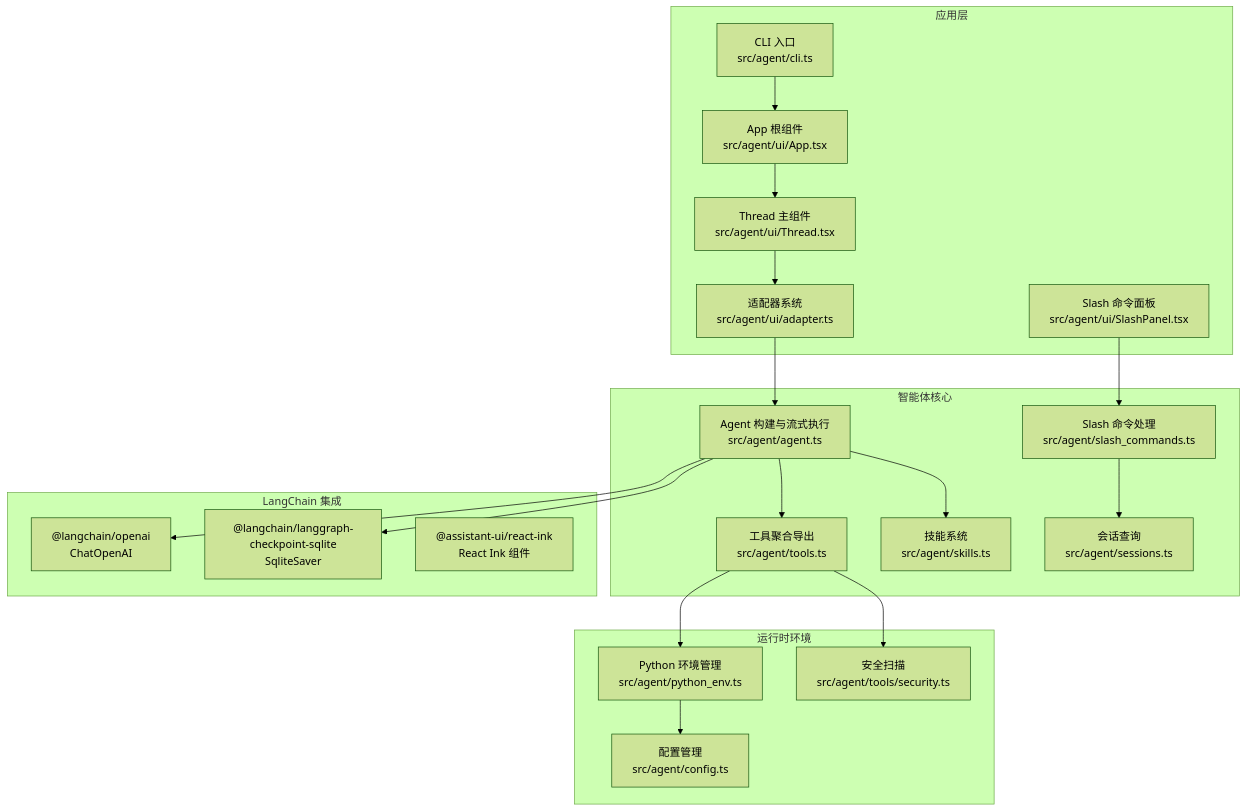
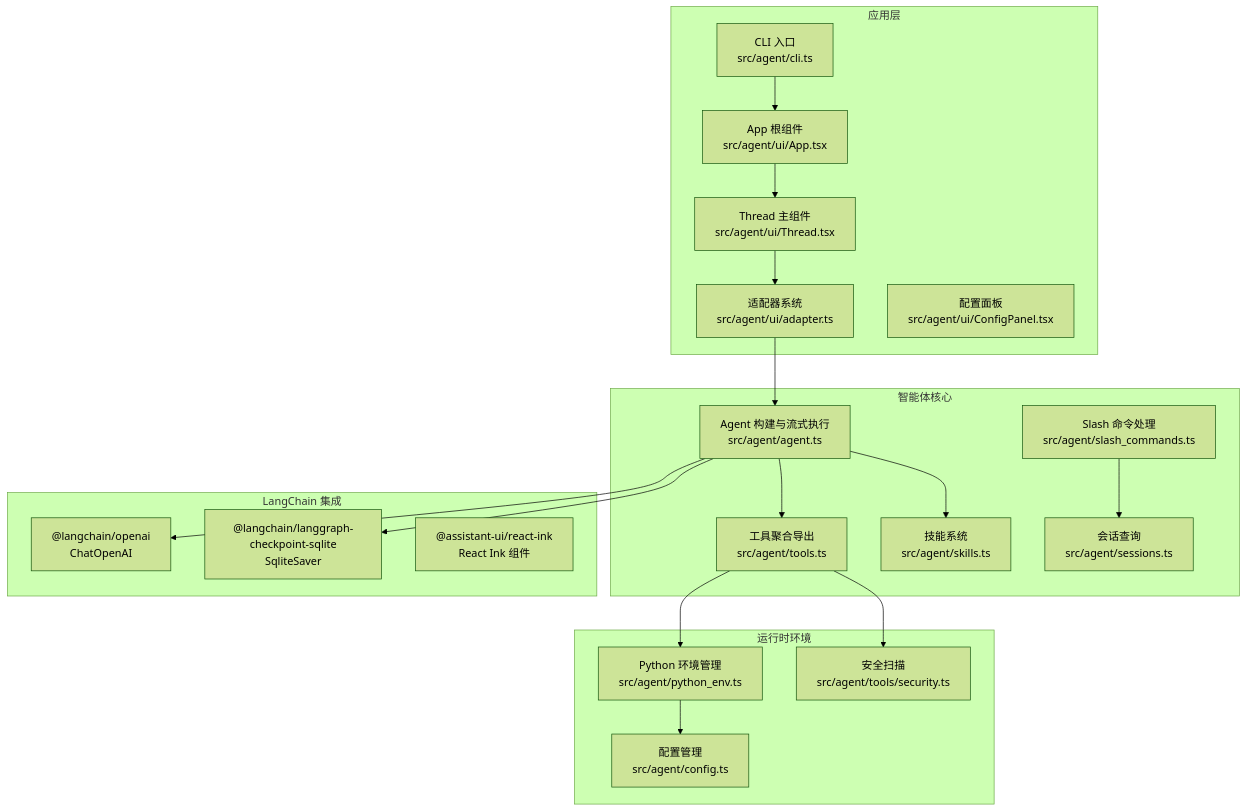
The first of 13 diagrams in .qoder/repowiki/zh/content/核心架构/核心架构.md (HAOFUYANG/onion-code), drawn with Mermaid (forest theme) before and after one commit. The commit also changed other lines of this file and 25 other files, not shown here.

````diff
--- a/.qoder/repowiki/zh/content/核心架构/核心架构.md
+++ b/.qoder/repowiki/zh/content/核心架构/核心架构.md
@@ -68,38 +70,37 @@
 ```mermaid
 graph TB
 subgraph "应用层"
 CLI["CLI 入口<br/>src/agent/cli.ts"]
 App["App 根组件<br/>src/agent/ui/App.tsx"]
 Thread["Thread 主组件<br/>src/agent/ui/Thread.tsx"]
 Adapter["适配器系统<br/>src/agent/ui/adapter.ts"]
-SlashPanel["Slash 命令面板<br/>src/agent/ui/SlashPanel.tsx"]
+ConfigPanel["配置面板<br/>src/agent/ui/ConfigPanel.tsx"]
 end
 subgraph "智能体核心"
 Agent["Agent 构建与流式执行<br/>src/agent/agent.ts"]
 Tools["工具聚合导出<br/>src/agent/tools.ts"]
 Skills["技能系统<br/>src/agent/skills.ts"]
 SlashCmd["Slash 命令处理<br/>src/agent/slash_commands.ts"]
 Sessions["会话查询<br/>src/agent/sessions.ts"]
 end
 subgraph "LangChain 集成"
 Model["@langchain/openai<br/>ChatOpenAI"]
 Checkpoint["@langchain/langgraph-checkpoint-sqlite<br/>SqliteSaver"]
 AssistantUI["@assistant-ui/react-ink<br/>React Ink 组件"]
 end
 subgraph "运行时环境"
 Config["配置管理<br/>src/agent/config.ts"]
 PyEnv["Python 环境管理<br/>src/agent/python_env.ts"]
 Security["安全扫描<br/>src/agent/tools/security.ts"]
 end
 CLI --> App --> Thread --> Adapter
 Adapter --> Agent
 Agent --> Model
 Agent --> Checkpoint
 Agent --> Tools
 Agent --> Skills
 Tools --> PyEnv
 Tools --> Security
 PyEnv --> Config
-SlashPanel --> SlashCmd
 SlashCmd --> Sessions
 ```
````
